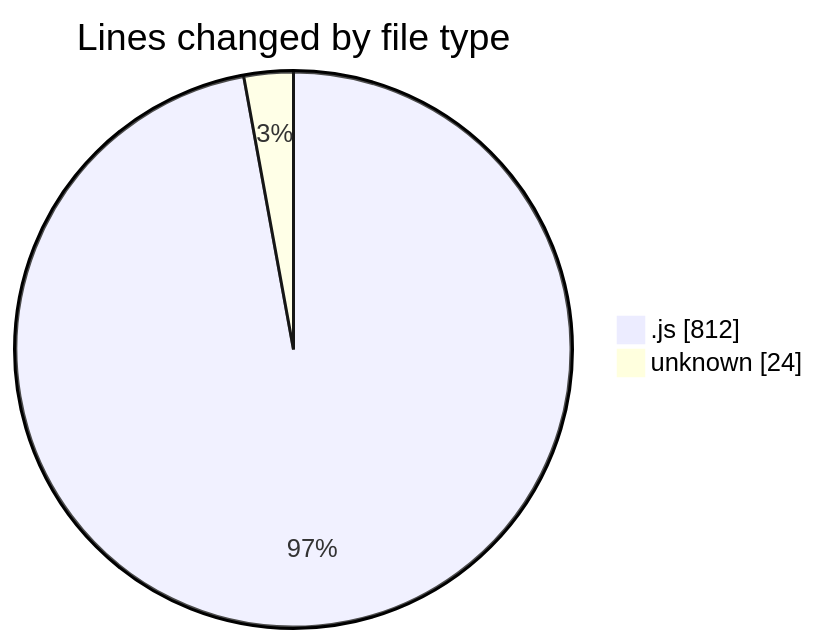
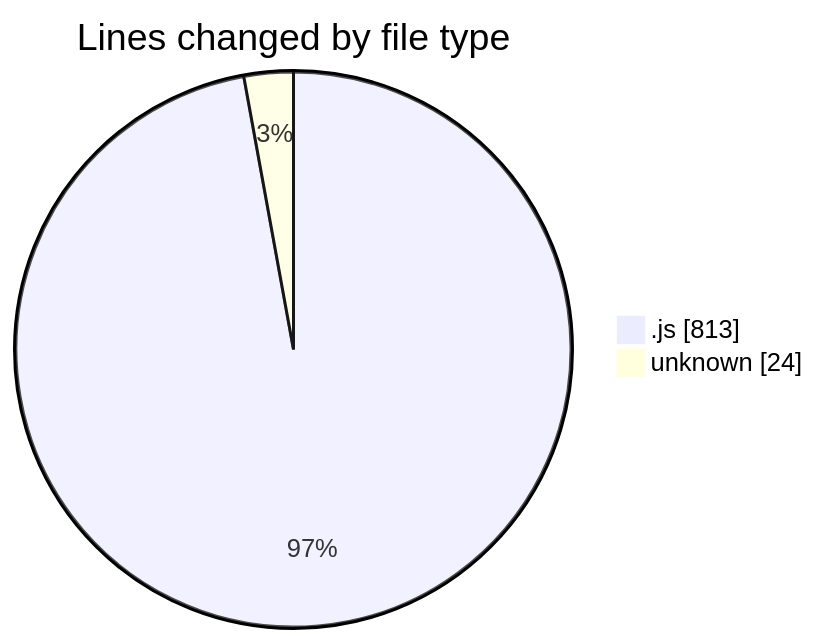
Before and after one commit to momahboobian/code-tracking: the first of 2 diagrams in 2025-02-03/cda/README.md, drawn with Mermaid. The commit also changed other lines of this file and 1 other file, not shown here.

````diff
--- a/2025-02-03/cda/README.md
+++ b/2025-02-03/cda/README.md
@@ -24,6 +24,6 @@
 ```mermaid
 pie showData
 title Lines changed by file type
-".js" : 812
+".js" : 813
 "unknown" : 24
 ```
````
